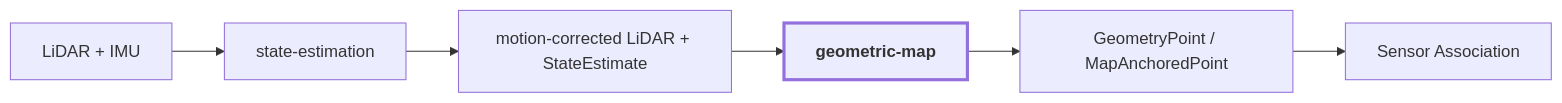
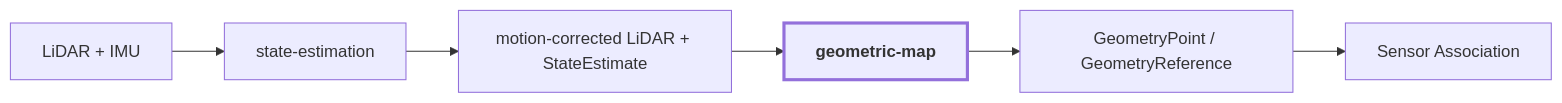
One commit to Alexandre-Tortoza/contextual-3d-mapping changed the diagram in docs/15-geometric-map.md. Above: the diagram before and after it, drawn with Mermaid. The commit also changed other lines of this file, not shown here.

Commit message:
docs: expand geometric map explanation and navigation

````diff
--- a/docs/15-geometric-map.md
+++ b/docs/15-geometric-map.md
@@ -5,9 +5,9 @@
 ```mermaid
 flowchart LR
     A["LiDAR + IMU"] --> B["state-estimation"]
     B --> C["motion-corrected LiDAR + StateEstimate"]
     C --> D["geometric-map"]:::current
-    D --> E["GeometryPoint / MapAnchoredPoint"]
+    D --> E["GeometryPoint / GeometryReference"]
     E --> F["Sensor Association"]
     classDef current stroke-width:3px,font-weight:bold;
 ```
````
